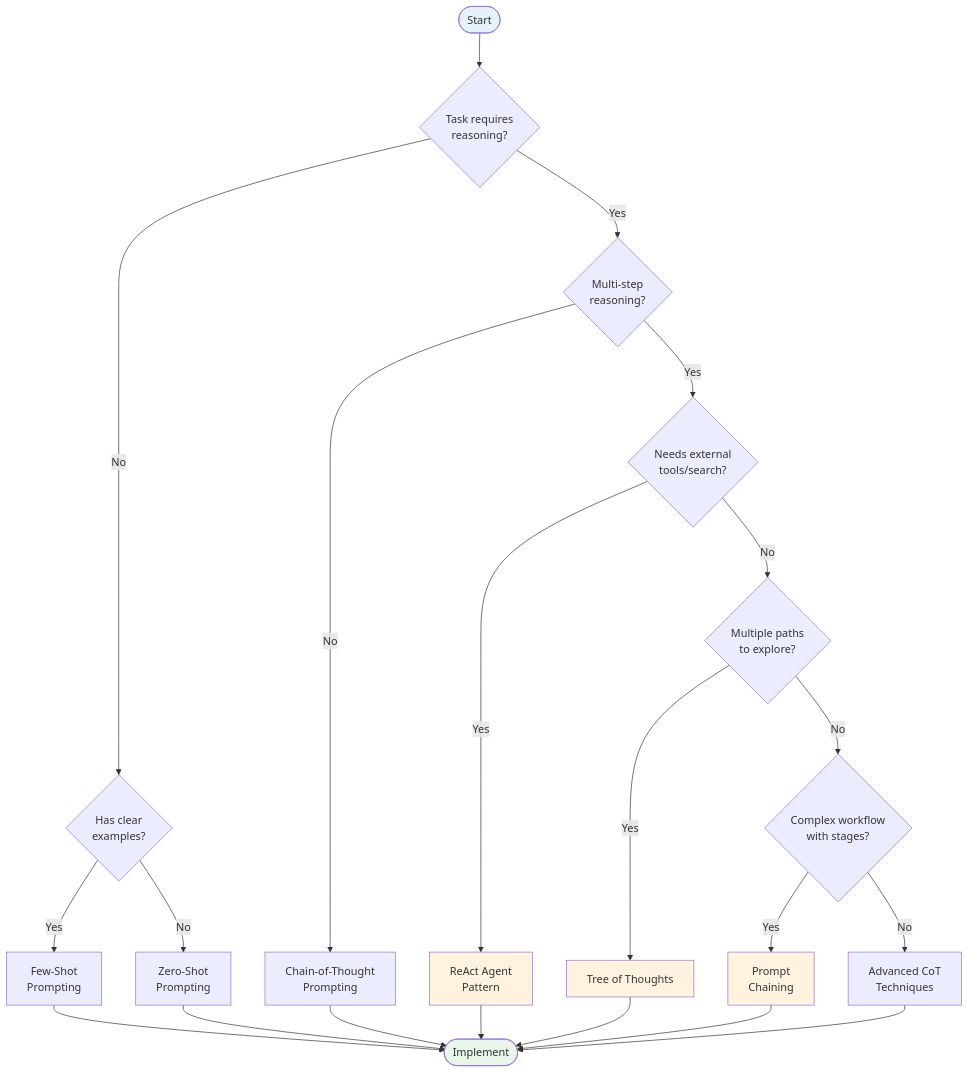
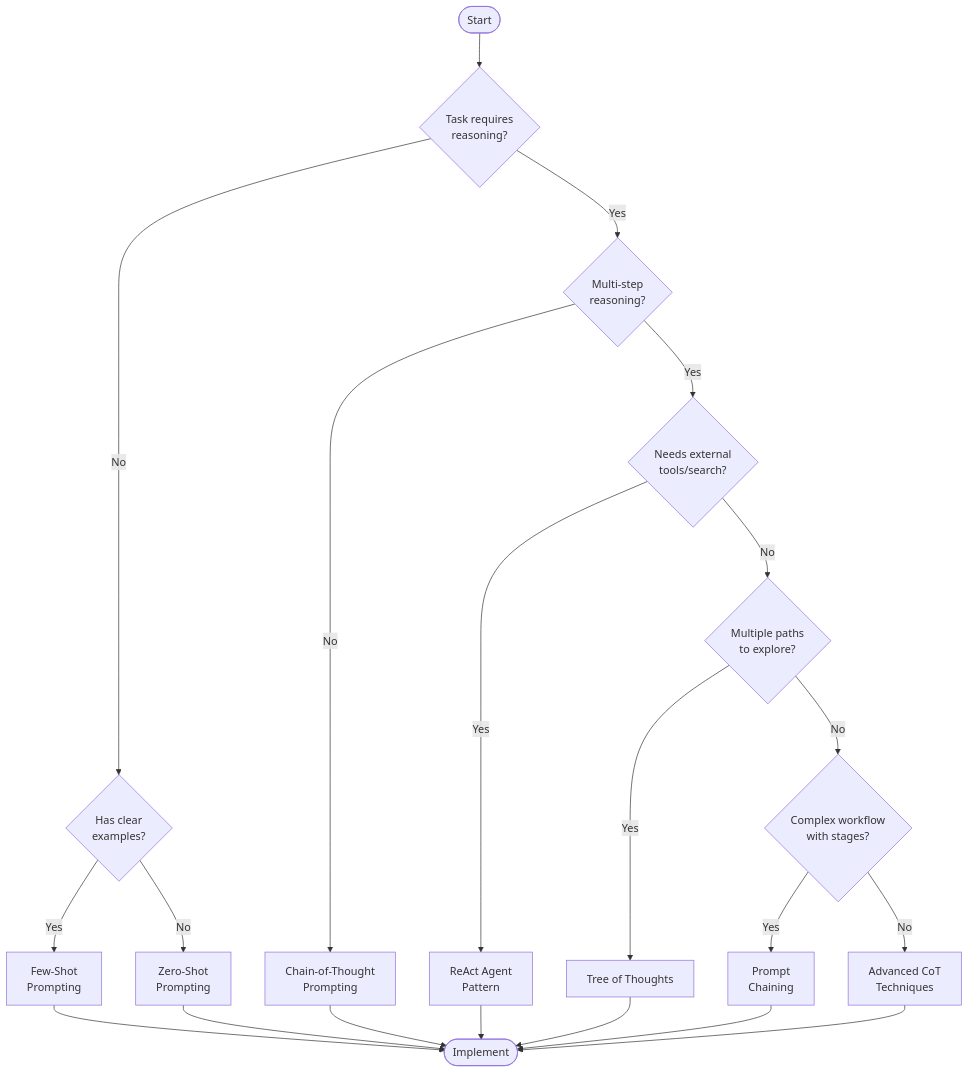
Before and after one commit to yuexiaoliang/prompt-engineering-learning: the first of 4 diagrams in 12-cheatsheet-en.md, drawn with Mermaid. The commit also changed other lines of this file and 3 other files, not shown here.

First line of the commit message:
fix(prompt-engineering): remove remaining hardcoded mermaid fill styles

````diff
--- a/12-cheatsheet-en.md
+++ b/12-cheatsheet-en.md
@@ -22,36 +22,31 @@
 ```mermaid
 flowchart TD
     Start([Start]) --> Q1{Task requires<br/>reasoning?}
 
     Q1 -->|No| Q2{Has clear<br/>examples?}
     Q1 -->|Yes| Q3{Multi-step<br/>reasoning?}
 
     Q2 -->|Yes| FewShot[Few-Shot<br/>Prompting]
     Q2 -->|No| ZeroShot[Zero-Shot<br/>Prompting]
 
     Q3 -->|No| CoT[Chain-of-Thought<br/>Prompting]
     Q3 -->|Yes| Q4{Needs external<br/>tools/search?}
 
     Q4 -->|Yes| ReAct[ReAct Agent<br/>Pattern]
     Q4 -->|No| Q5{Multiple paths<br/>to explore?}
 
     Q5 -->|Yes| ToT[Tree of Thoughts]
     Q5 -->|No| Q6{Complex workflow<br/>with stages?}
 
     Q6 -->|Yes| Chaining[Prompt<br/>Chaining]
     Q6 -->|No| CoTAdv[Advanced CoT<br/>Techniques]
 
     FewShot --> Output([Implement])
     ZeroShot --> Output
     CoT --> Output
     ReAct --> Output
     ToT --> Output
     Chaining --> Output
     CoTAdv --> Output
 
-    style Start fill:#e3f2fd
-    style Output fill:#e8f5e9
-    style ReAct fill:#fff3e0
-    style ToT fill:#fff3e0
-    style Chaining fill:#fff3e0
 ```
````
